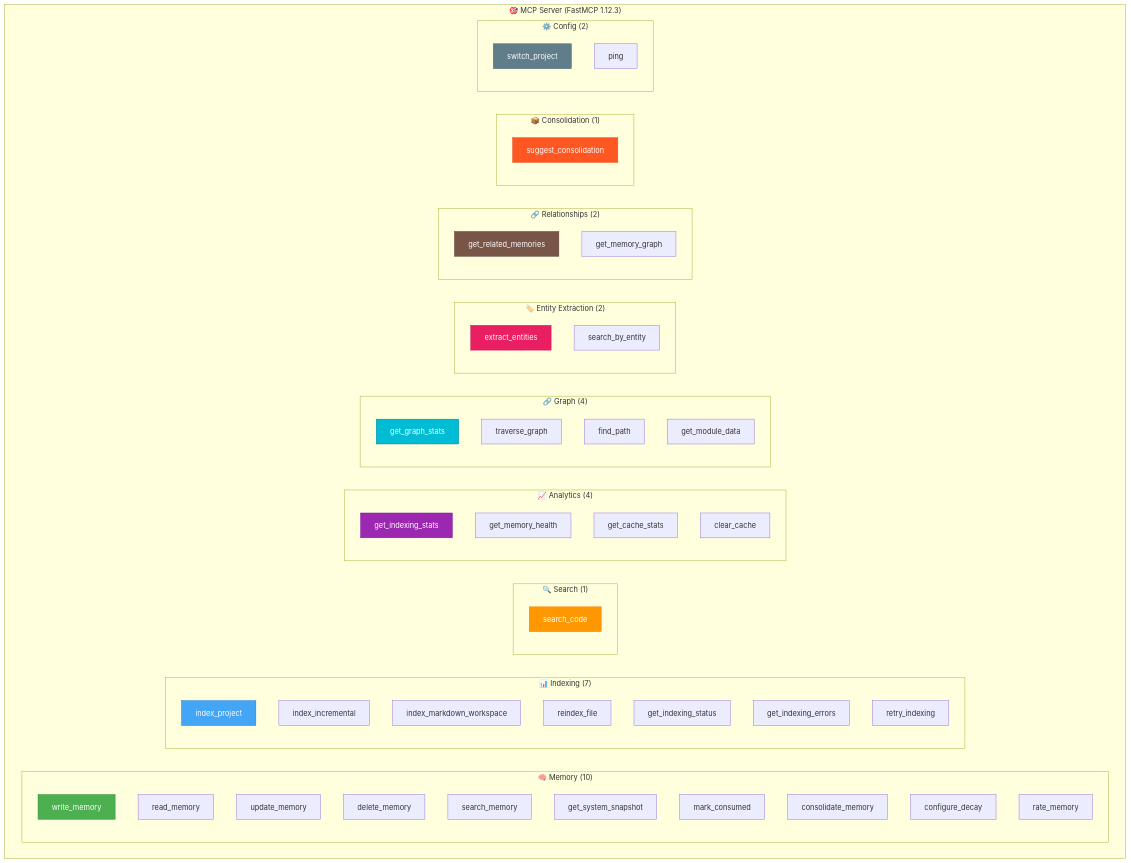
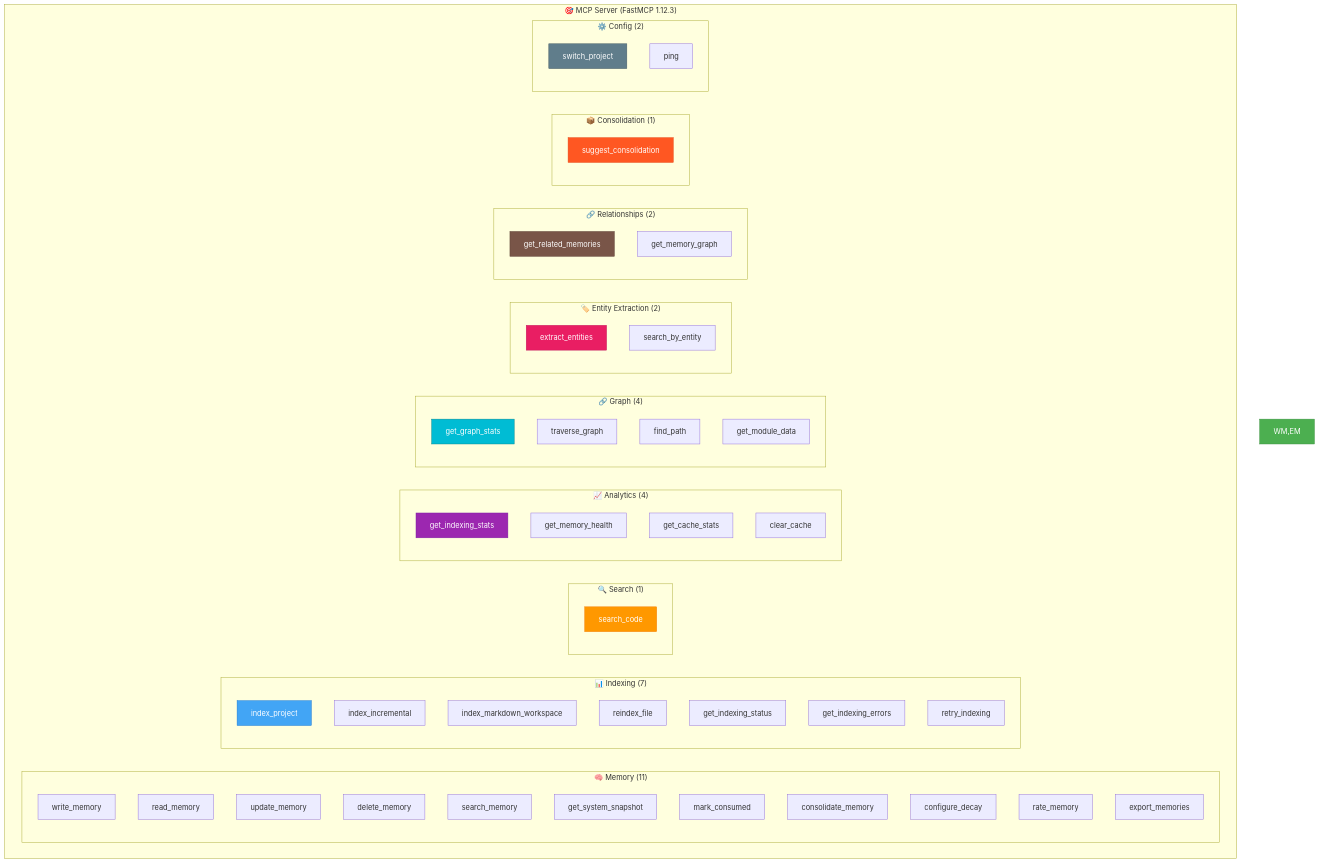
One commit to giak/mnemo-lite changed diagram 13 of 15 in docs/ARCHITECTURE.md. Above: the diagram before and after it, drawn with Mermaid. The commit also changed other lines of this file and 25 other files, not shown here.

````diff
--- a/docs/ARCHITECTURE.md
+++ b/docs/ARCHITECTURE.md
@@ -705,75 +705,76 @@
 ```mermaid
 graph TD
     subgraph "🎯 MCP Server (FastMCP 1.12.3)"
         
-        subgraph "🧠 Memory (10)"
+        subgraph "🧠 Memory (11)"
             WM["write_memory"]
             RM["read_memory"]
             UM["update_memory"]
             DM["delete_memory"]
             SM["search_memory"]
             SS["get_system_snapshot"]
             MC["mark_consumed"]
             CM["consolidate_memory"]
             CD["configure_decay"]
             RTM["rate_memory"]
+            EM["export_memories"]
         end
 
         subgraph "📊 Indexing (7)"
             IP["index_project"]
             II["index_incremental"]
             IM["index_markdown_workspace"]
             RF["reindex_file"]
             GS["get_indexing_status"]
             GE["get_indexing_errors"]
             RI["retry_indexing"]
         end
 
         subgraph "🔍 Search (1)"
             SC["search_code"]
         end
 
         subgraph "📈 Analytics (4)"
             IS["get_indexing_stats"]
             MH["get_memory_health"]
             CS["get_cache_stats"]
             CC["clear_cache"]
         end
 
         subgraph "🔗 Graph (4)"
             GGS["get_graph_stats"]
             TG["traverse_graph"]
             FP["find_path"]
             GMD["get_module_data"]
         end
 
         subgraph "🏷️ Entity Extraction (2)"
             EE["extract_entities"]
             SBE["search_by_entity"]
         end
 
         subgraph "🔗 Relationships (2)"
             GRM["get_related_memories"]
             GMG["get_memory_graph"]
         end
 
         subgraph "📦 Consolidation (1)"
             SCT["suggest_consolidation"]
         end
 
         subgraph "⚙️ Config (2)"
             SP["switch_project"]
             PNG["ping"]
         end
     end
 
-    style WM fill:#4CAF50,stroke:#388E3C,color:#fff
+    style WM,EM fill:#4CAF50,stroke:#388E3C,color:#fff
     style IP fill:#42A5F5,stroke:#1976D2,color:#fff
     style SC fill:#FF9800,stroke:#F57C00,color:#fff
     style IS fill:#9C27B0,stroke:#7B1FA2,color:#fff
     style GGS fill:#00BCD4,stroke:#00838F,color:#fff
     style EE fill:#E91E63,stroke:#C2185B,color:#fff
     style GRM fill:#795548,stroke:#5D4037,color:#fff
     style SCT fill:#FF5722,stroke:#E64A19,color:#fff
     style SP fill:#607D8B,stroke:#455A64,color:#fff
 ```
````
